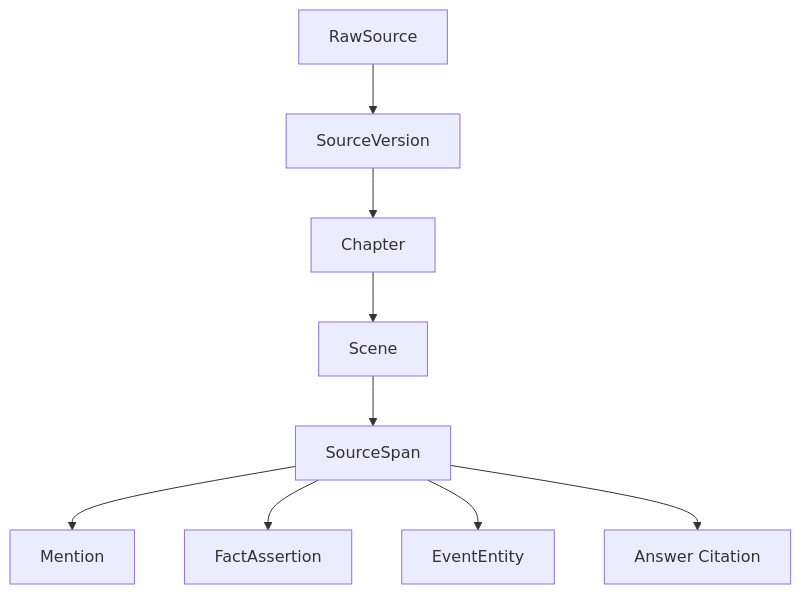
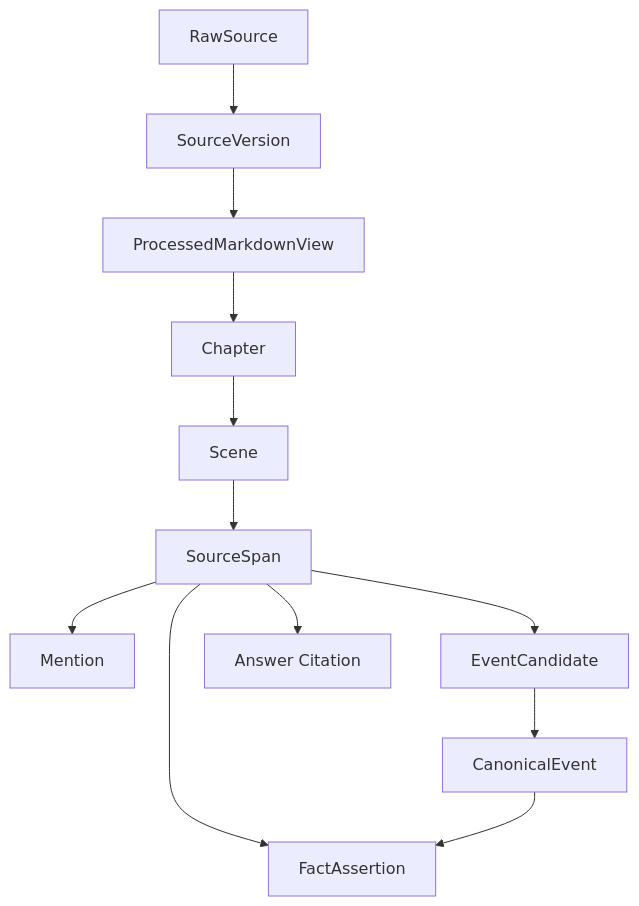
Before and after one commit to FrankQDWang/sextantlabs: the first of 3 diagrams in goals/03-source-evidence.md, drawn with Mermaid. The commit also changed other lines of this file and 16 other files, not shown here.

````diff
--- a/goals/03-source-evidence.md
+++ b/goals/03-source-evidence.md
@@ -9,11 +9,14 @@
 ```mermaid
 flowchart TD
     A[RawSource] --> B[SourceVersion]
-    B --> C[Chapter]
-    C --> D[Scene]
-    D --> E[SourceSpan]
-    E --> F[Mention]
-    E --> G[FactAssertion]
-    E --> H[EventEntity]
-    E --> I[Answer Citation]
+    B --> C[ProcessedMarkdownView]
+    C --> D[Chapter]
+    D --> E[Scene]
+    E --> F[SourceSpan]
+    F --> G[Mention]
+    F --> H[EventCandidate]
+    H --> I[CanonicalEvent]
+    F --> J[FactAssertion]
+    I --> J
+    F --> K[Answer Citation]
 ```
````
